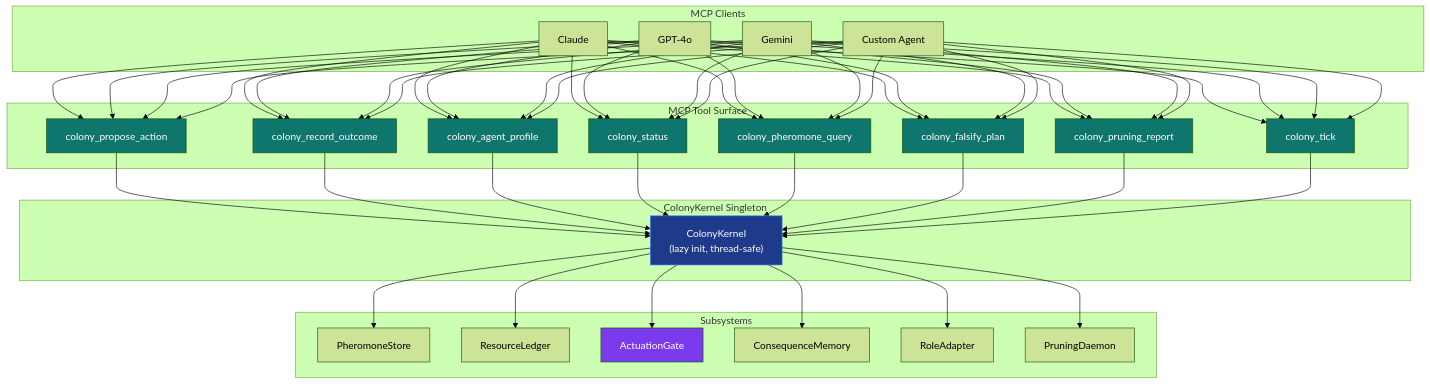
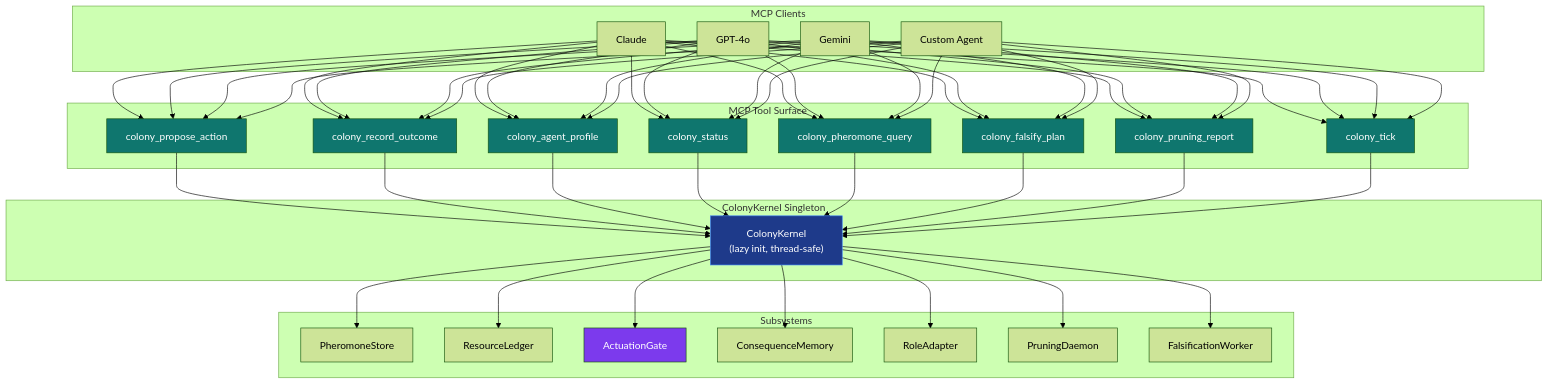
One commit to docxology/codomyrmex changed the diagram in src/codomyrmex/documentation/docs/modules/colony_kernel/mcp_tool_specification.md. Above: the diagram before and after it, drawn with Mermaid (forest theme). The commit also changed other lines of this file and 948 other files, not shown here.

````diff
--- a/src/codomyrmex/documentation/docs/modules/colony_kernel/mcp_tool_specification.md
+++ b/src/codomyrmex/documentation/docs/modules/colony_kernel/mcp_tool_specification.md
@@ -7,48 +7,49 @@
 ```mermaid
 graph TD
     subgraph clients["MCP Clients"]
         C1["Claude"]
         C2["GPT-4o"]
         C3["Gemini"]
         C4["Custom Agent"]
     end
 
     subgraph mcp["MCP Tool Surface"]
         T1["colony_propose_action"]
         T2["colony_record_outcome"]
         T3["colony_agent_profile"]
         T4["colony_status"]
         T5["colony_pheromone_query"]
         T6["colony_falsify_plan"]
         T7["colony_pruning_report"]
         T8["colony_tick"]
     end
 
     subgraph kernel["ColonyKernel Singleton"]
         CK["ColonyKernel<br/>(lazy init, thread-safe)"]
     end
 
     subgraph subsystems["Subsystems"]
         PS["PheromoneStore"]
         RL["ResourceLedger"]
         AG["ActuationGate"]
         CM["ConsequenceMemory"]
         RA["RoleAdapter"]
         PD["PruningDaemon"]
+        FW["FalsificationWorker"]
     end
 
     C1 & C2 & C3 & C4 --> T1 & T2 & T3 & T4 & T5 & T6 & T7 & T8
     T1 & T2 & T3 & T4 & T5 & T6 & T7 & T8 --> CK
-    CK --> PS & RL & AG & CM & RA & PD
+    CK --> PS & RL & AG & CM & RA & PD & FW
 
     style CK fill:#1e3a8a,color:#fff,stroke:#3b82f6
     style AG fill:#7c3aed,color:#fff
     style T1 fill:#0f766e,color:#fff
     style T2 fill:#0f766e,color:#fff
     style T3 fill:#0f766e,color:#fff
     style T4 fill:#0f766e,color:#fff
     style T5 fill:#0f766e,color:#fff
     style T6 fill:#0f766e,color:#fff
     style T7 fill:#0f766e,color:#fff
     style T8 fill:#0f766e,color:#fff
 ```
````
